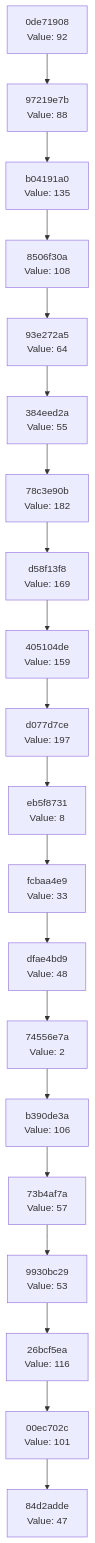
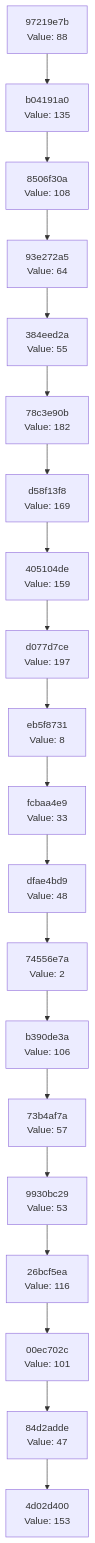
One commit to Abhisheksinha1506/hash-chain-evolver changed the diagram in docs/CHAIN_VISUALIZATION.md. Above: the diagram before and after it, drawn with Mermaid. The commit also changed 2 other files, not shown here.

Commit message:
Evolution step: hash 0x99 → action executed

````diff
--- a/docs/CHAIN_VISUALIZATION.md
+++ b/docs/CHAIN_VISUALIZATION.md
@@ -3,42 +3,42 @@
 ```mermaid
 graph TD
-    C0["84d2adde<br/>Value: 47"]
-    C1["00ec702c<br/>Value: 101"]
+    C0["4d02d400<br/>Value: 153"]
+    C1["84d2adde<br/>Value: 47"]
     C1 --> C0
-    C2["26bcf5ea<br/>Value: 116"]
+    C2["00ec702c<br/>Value: 101"]
     C2 --> C1
-    C3["9930bc29<br/>Value: 53"]
+    C3["26bcf5ea<br/>Value: 116"]
     C3 --> C2
-    C4["73b4af7a<br/>Value: 57"]
+    C4["9930bc29<br/>Value: 53"]
     C4 --> C3
-    C5["b390de3a<br/>Value: 106"]
+    C5["73b4af7a<br/>Value: 57"]
     C5 --> C4
-    C6["74556e7a<br/>Value: 2"]
+    C6["b390de3a<br/>Value: 106"]
     C6 --> C5
-    C7["dfae4bd9<br/>Value: 48"]
+    C7["74556e7a<br/>Value: 2"]
     C7 --> C6
-    C8["fcbaa4e9<br/>Value: 33"]
+    C8["dfae4bd9<br/>Value: 48"]
     C8 --> C7
-    C9["eb5f8731<br/>Value: 8"]
+    C9["fcbaa4e9<br/>Value: 33"]
     C9 --> C8
-    C10["d077d7ce<br/>Value: 197"]
+    C10["eb5f8731<br/>Value: 8"]
     C10 --> C9
-    C11["405104de<br/>Value: 159"]
+    C11["d077d7ce<br/>Value: 197"]
     C11 --> C10
-    C12["d58f13f8<br/>Value: 169"]
+    C12["405104de<br/>Value: 159"]
     C12 --> C11
-    C13["78c3e90b<br/>Value: 182"]
+    C13["d58f13f8<br/>Value: 169"]
     C13 --> C12
-    C14["384eed2a<br/>Value: 55"]
+    C14["78c3e90b<br/>Value: 182"]
     C14 --> C13
-    C15["93e272a5<br/>Value: 64"]
+    C15["384eed2a<br/>Value: 55"]
     C15 --> C14
-    C16["8506f30a<br/>Value: 108"]
+    C16["93e272a5<br/>Value: 64"]
     C16 --> C15
-    C17["b04191a0<br/>Value: 135"]
+    C17["8506f30a<br/>Value: 108"]
     C17 --> C16
-    C18["97219e7b<br/>Value: 88"]
+    C18["b04191a0<br/>Value: 135"]
     C18 --> C17
-    C19["0de71908<br/>Value: 92"]
+    C19["97219e7b<br/>Value: 88"]
     C19 --> C18
 ```
````
